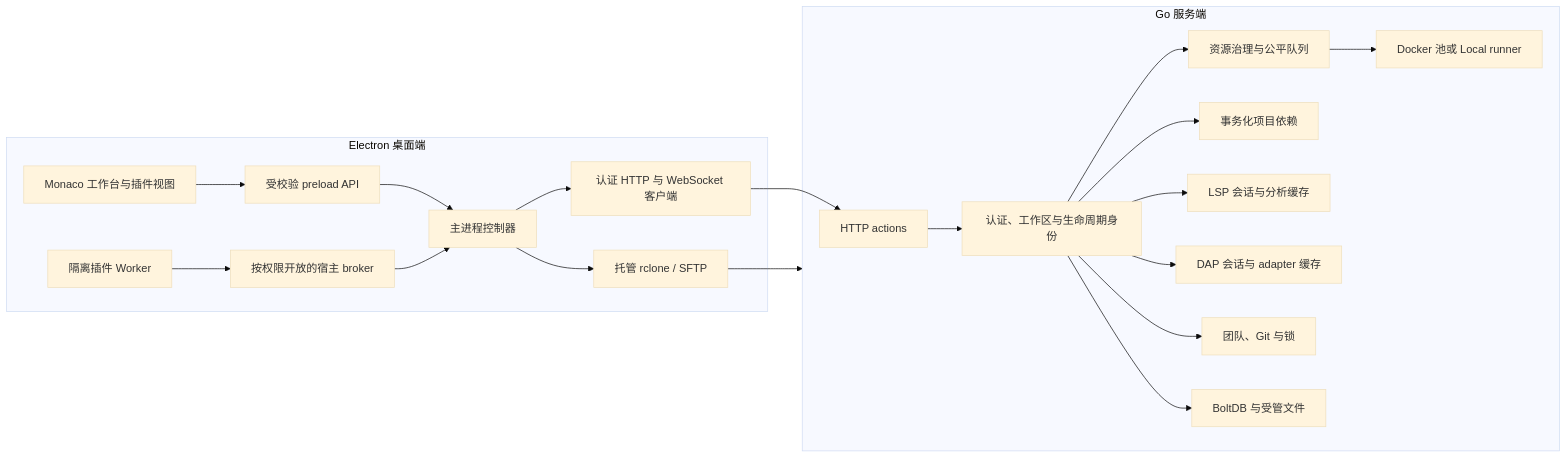
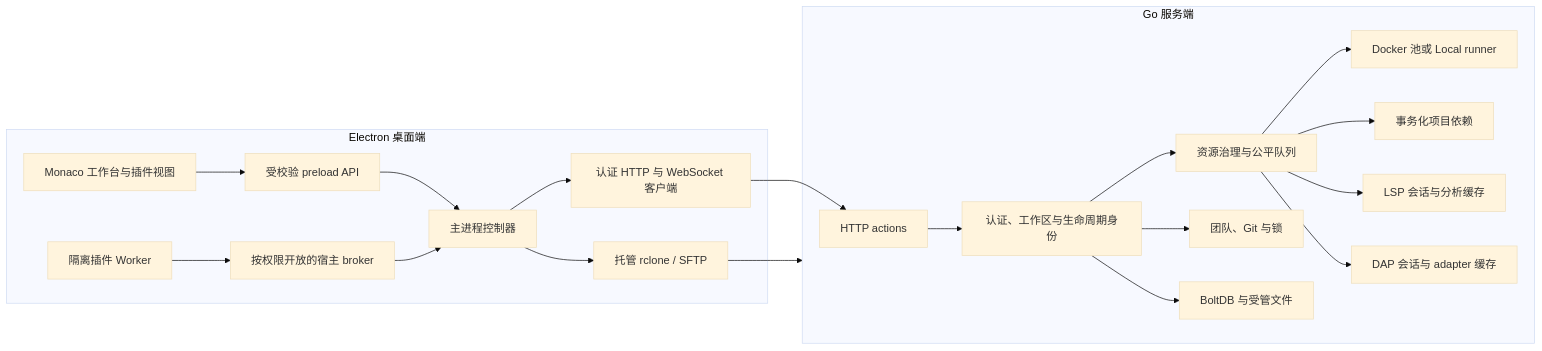
One commit to NemophilistJohn/BOBOcloud-A-cloud-based-remote-compilation-platform changed the second of 2 diagrams in README.zh-CN.md. Above: the diagram before and after it, drawn with Mermaid (base theme). The commit also changed other lines of this file and 35 other files, not shown here.

````diff
--- a/README.zh-CN.md
+++ b/README.zh-CN.md
@@ -302,21 +395,21 @@
 ```mermaid
 flowchart LR
   subgraph Desktop["Electron 桌面端"]
     UI["Monaco 工作台与插件视图"] --> Bridge["受校验 preload API"] --> Main["主进程控制器"]
     Main --> Sync["托管 rclone / SFTP"]
     Main --> Transport["认证 HTTP 与 WebSocket 客户端"]
     Worker["隔离插件 Worker"] --> Broker["按权限开放的宿主 broker"] --> Main
   end
   subgraph Service["Go 服务端"]
     API["HTTP actions"] --> Identity["认证、工作区与生命周期身份"]
     Identity --> Admission["资源治理与公平队列"]
     Admission --> Runtime["Docker 池或 Local runner"]
-    Identity --> Dependencies["事务化项目依赖"]
-    Identity --> LSP["LSP 会话与分析缓存"]
-    Identity --> DAP["DAP 会话与 adapter 缓存"]
+    Admission --> Dependencies["事务化项目依赖"]
+    Admission --> LSP["LSP 会话与分析缓存"]
+    Admission --> DAP["DAP 会话与 adapter 缓存"]
     Identity --> Team["团队、Git 与锁"]
     Identity --> Data["BoltDB 与受管文件"]
   end
   Sync --> Service
   Transport --> API
 ```
````
